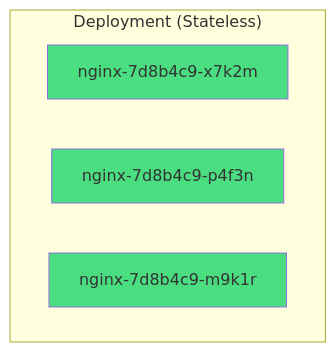
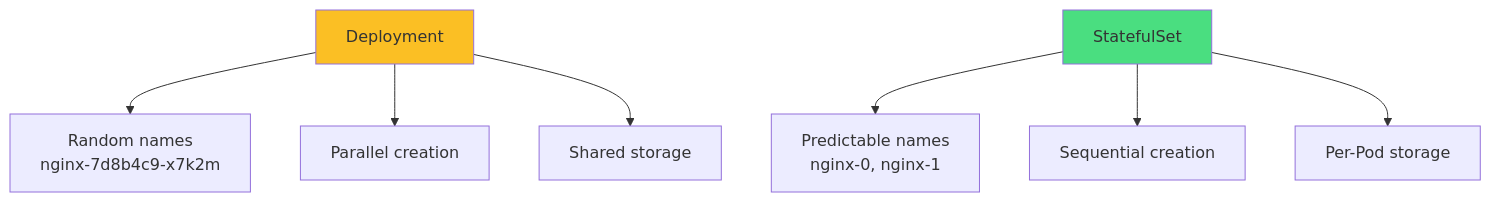
The first of 7 diagrams in slides/statefulsets/slides.md (courselabs/kubernetes), drawn with Mermaid before and after one commit. The commit also changed other lines of this file and 7 other files, not shown here.

````diff
--- a/slides/statefulsets/slides.md
+++ b/slides/statefulsets/slides.md
@@ -23,11 +23,11 @@
 ```mermaid
 graph TB
-    subgraph Deployment["Deployment (Stateless)"]
-        P1[nginx-7d8b4c9-x7k2m]
-        P2[nginx-7d8b4c9-p4f3n]
-        P3[nginx-7d8b4c9-m9k1r]
-    end
-    style P1 fill:#4ade80
-    style P2 fill:#4ade80
-    style P3 fill:#4ade80
+    D[Deployment] --> R1[Random names<br/>nginx-7d8b4c9-x7k2m]
+    D --> R2[Parallel creation]
+    D --> R3[Shared storage]
+    SS[StatefulSet] --> S1[Predictable names<br/>nginx-0, nginx-1]
+    SS --> S2[Sequential creation]
+    SS --> S3[Per-Pod storage]
+    style D fill:#fbbf24
+    style SS fill:#4ade80
 ```
````
